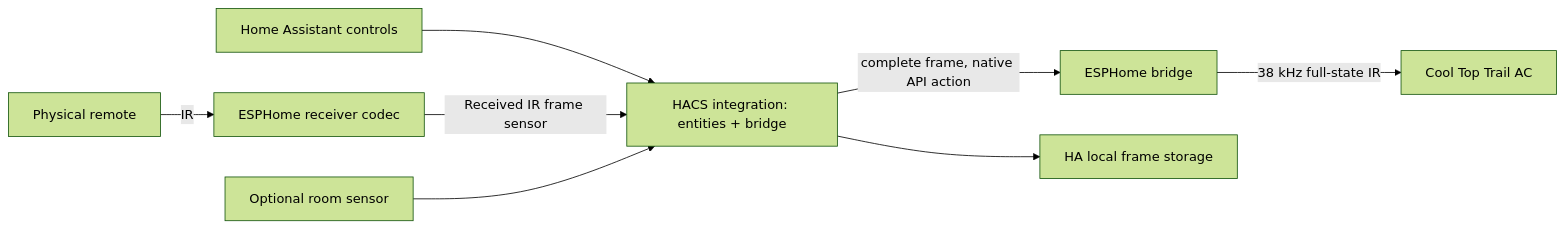
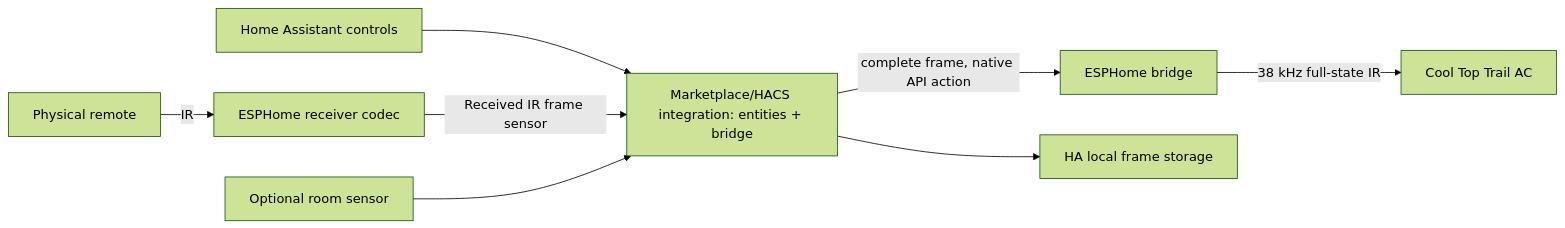
Before and after one commit to gszigethy/HA-Webasto-Cool-Top-Trail: the diagram in docs/technical-design.md, drawn with Mermaid (forest theme). The commit also changed other lines of this file and 10 other files, not shown here.

````diff
--- a/docs/technical-design.md
+++ b/docs/technical-design.md
@@ -5,10 +5,10 @@
 ```mermaid
 flowchart LR
-  UI[Home Assistant controls] --> HA[HACS integration: entities + bridge]
+  UI[Home Assistant controls] --> HA[Marketplace/HACS integration: entities + bridge]
   HA -->|complete frame, native API action| ESP[ESPHome bridge]
   ESP -->|38 kHz full-state IR| AC[Cool Top Trail AC]
   Remote[Physical remote] -->|IR| RX[ESPHome receiver codec]
   RX -->|Received IR frame sensor| HA
   Temp[Optional room sensor] --> HA
   HA --> Store[HA local frame storage]
 ```
````
